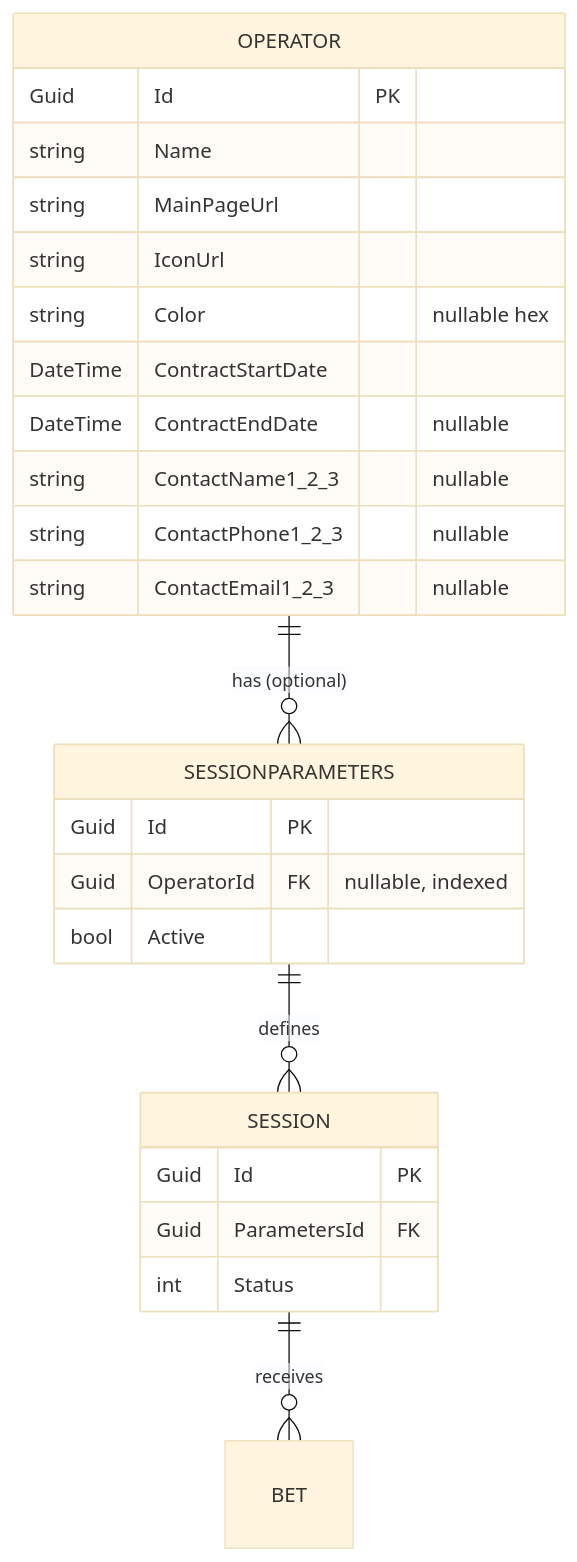
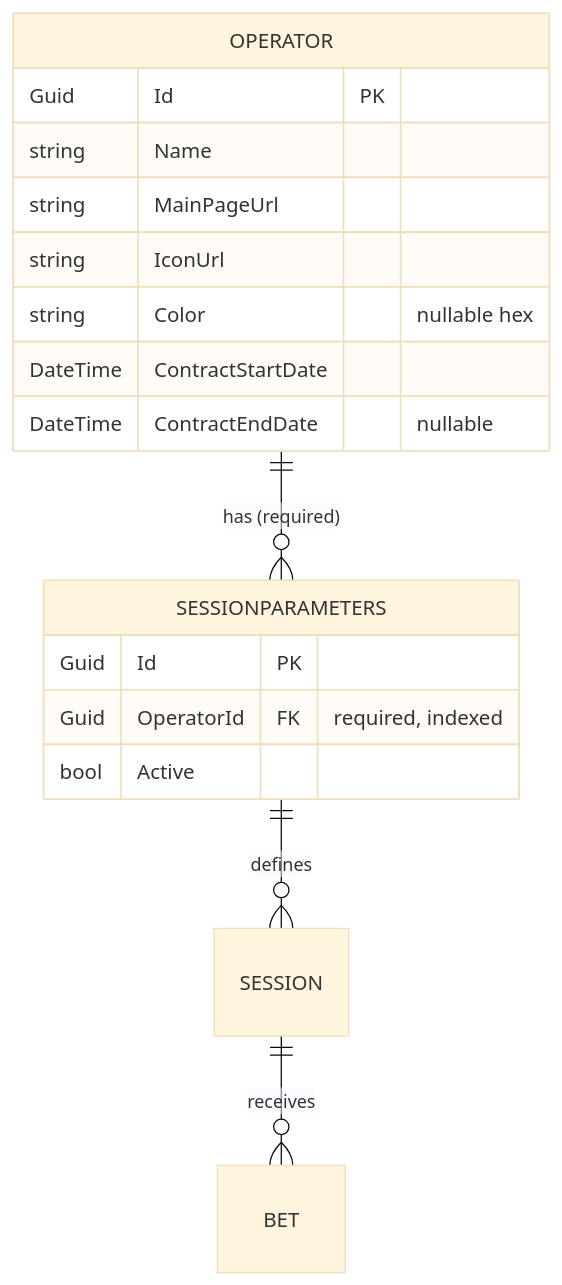
The first of 2 diagrams in specs/operator-feature.md (marcusruas/monkify-meta), drawn with Mermaid (base theme) before and after one commit. The commit also changed other lines of this file and 1 other file, not shown here.

First line of the commit message:
Update operator feature spec with refinement decisions.

````diff
--- a/specs/operator-feature.md
+++ b/specs/operator-feature.md
@@ -182,29 +158,21 @@
 ```mermaid
 erDiagram
-    OPERATOR ||--o{ SESSIONPARAMETERS : "has (optional)"
+    OPERATOR ||--o{ SESSIONPARAMETERS : "has (required)"
     SESSIONPARAMETERS ||--o{ SESSION : "defines"
     SESSION ||--o{ BET : "receives"
 
     OPERATOR {
         Guid Id PK
         string Name
         string MainPageUrl
         string IconUrl
         string Color "nullable hex"
         DateTime ContractStartDate
         DateTime ContractEndDate "nullable"
-        string ContactName1_2_3 "nullable"
-        string ContactPhone1_2_3 "nullable"
-        string ContactEmail1_2_3 "nullable"
     }
     SESSIONPARAMETERS {
         Guid Id PK
-        Guid OperatorId FK "nullable, indexed"
+        Guid OperatorId FK "required, indexed"
         bool Active
     }
-    SESSION {
-        Guid Id PK
-        Guid ParametersId FK
-        int Status
-    }
 ```
````
